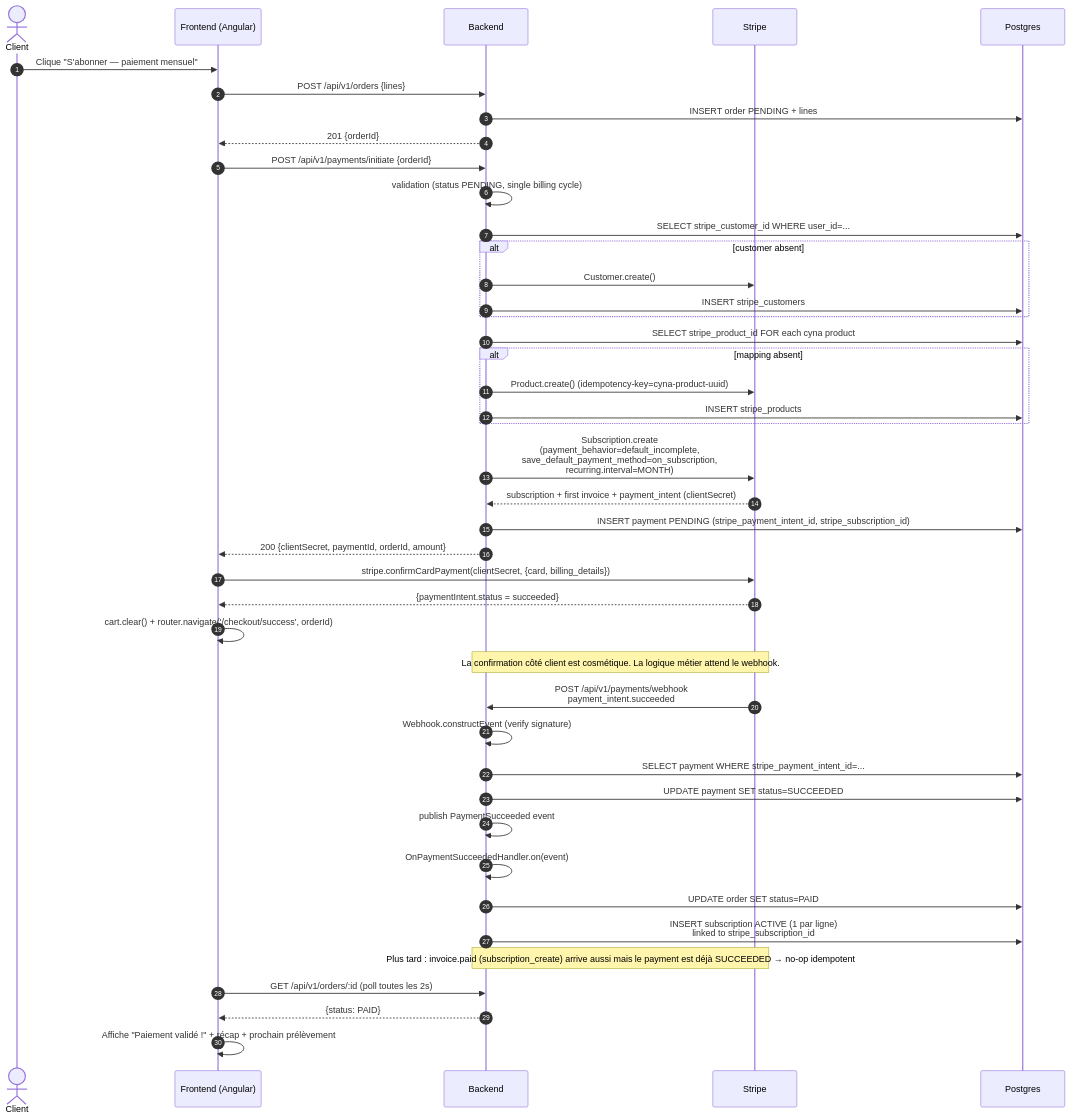
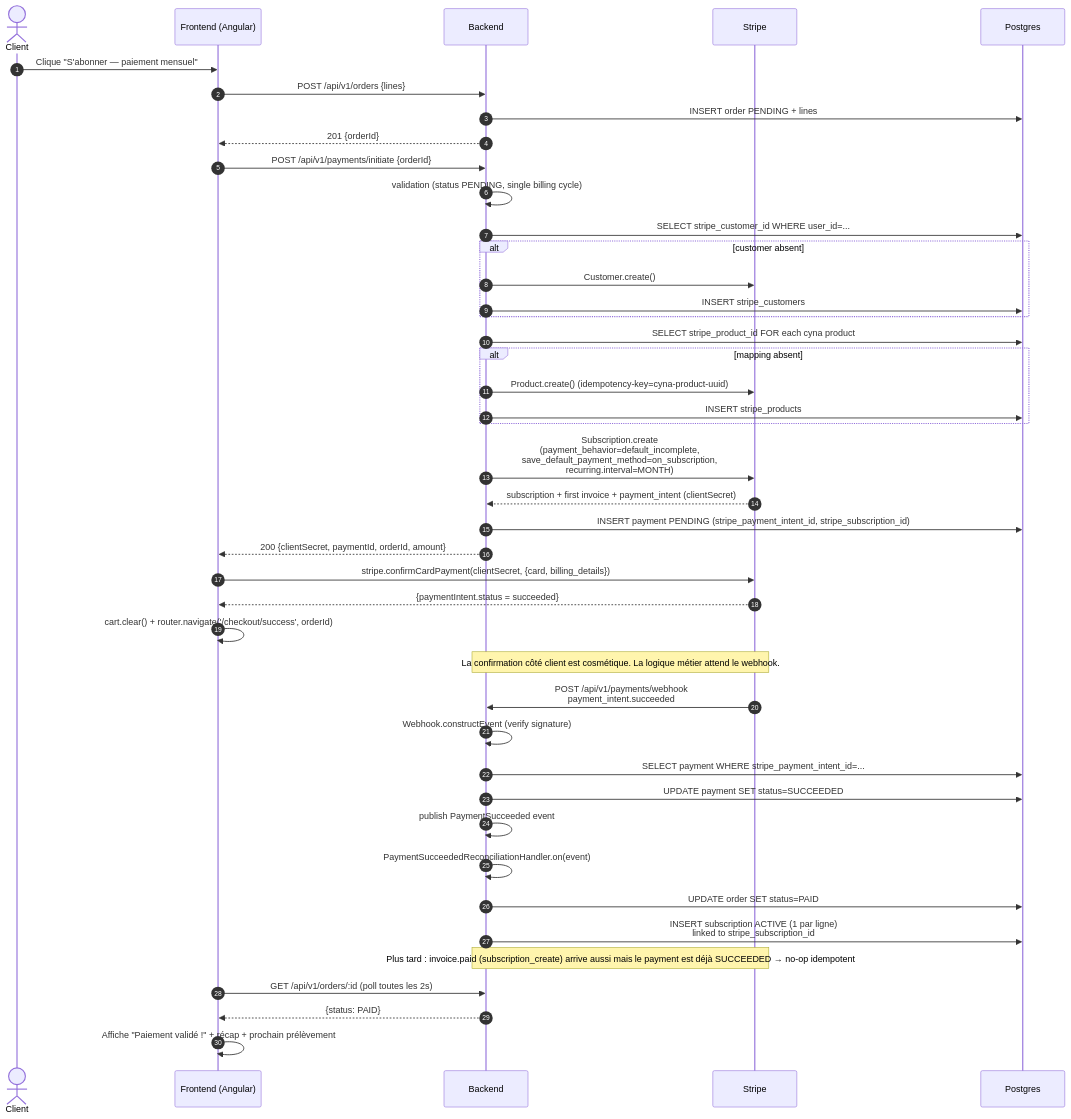
One commit to EnzoFB/cyna-platform changed the fourth of 14 diagrams in docs/flows/order-payment-flow.md. Above: the diagram before and after it, drawn with Mermaid. The commit also changed other lines of this file and 4 other files, not shown here.

First line of the commit message:
refactor(payment): rename OnPaymentSucceededHandler to PaymentSucceededReconciliationHandler

````diff
--- a/docs/flows/order-payment-flow.md
+++ b/docs/flows/order-payment-flow.md
@@ -247,52 +247,52 @@
 ```mermaid
 sequenceDiagram
     autonumber
     actor U as Client
     participant FE as Frontend (Angular)
     participant BE as Backend
     participant ST as Stripe
     participant DB as Postgres
 
     U->>FE: Clique "S'abonner — paiement mensuel"
     FE->>BE: POST /api/v1/orders {lines}
     BE->>DB: INSERT order PENDING + lines
     BE-->>FE: 201 {orderId}
 
     FE->>BE: POST /api/v1/payments/initiate {orderId}
     BE->>BE: validation (status PENDING, single billing cycle)
     BE->>DB: SELECT stripe_customer_id WHERE user_id=...
     alt customer absent
         BE->>ST: Customer.create()
         BE->>DB: INSERT stripe_customers
     end
     BE->>DB: SELECT stripe_product_id FOR each cyna product
     alt mapping absent
         BE->>ST: Product.create() (idempotency-key=cyna-product-uuid)
         BE->>DB: INSERT stripe_products
     end
     BE->>ST: Subscription.create<br>(payment_behavior=default_incomplete,<br>save_default_payment_method=on_subscription,<br>recurring.interval=MONTH)
     ST-->>BE: subscription + first invoice + payment_intent (clientSecret)
     BE->>DB: INSERT payment PENDING (stripe_payment_intent_id, stripe_subscription_id)
     BE-->>FE: 200 {clientSecret, paymentId, orderId, amount}
 
     FE->>ST: stripe.confirmCardPayment(clientSecret, {card, billing_details})
     ST-->>FE: {paymentIntent.status = succeeded}
     FE->>FE: cart.clear() + router.navigate('/checkout/success', orderId)
 
     Note over ST,BE: La confirmation côté client est cosmétique. La logique métier attend le webhook.
 
     ST->>BE: POST /api/v1/payments/webhook<br>payment_intent.succeeded
     BE->>BE: Webhook.constructEvent (verify signature)
     BE->>DB: SELECT payment WHERE stripe_payment_intent_id=...
     BE->>DB: UPDATE payment SET status=SUCCEEDED
     BE->>BE: publish PaymentSucceeded event
-    BE->>BE: OnPaymentSucceededHandler.on(event)
+    BE->>BE: PaymentSucceededReconciliationHandler.on(event)
     BE->>DB: UPDATE order SET status=PAID
     BE->>DB: INSERT subscription ACTIVE (1 par ligne)<br>linked to stripe_subscription_id
 
     Note over ST,BE: Plus tard : invoice.paid (subscription_create) arrive aussi mais le payment est déjà SUCCEEDED → no-op idempotent
 
     FE->>BE: GET /api/v1/orders/:id (poll toutes les 2s)
     BE-->>FE: {status: PAID}
     FE->>FE: Affiche "Paiement validé !" + récap + prochain prélèvement
 ```
````
